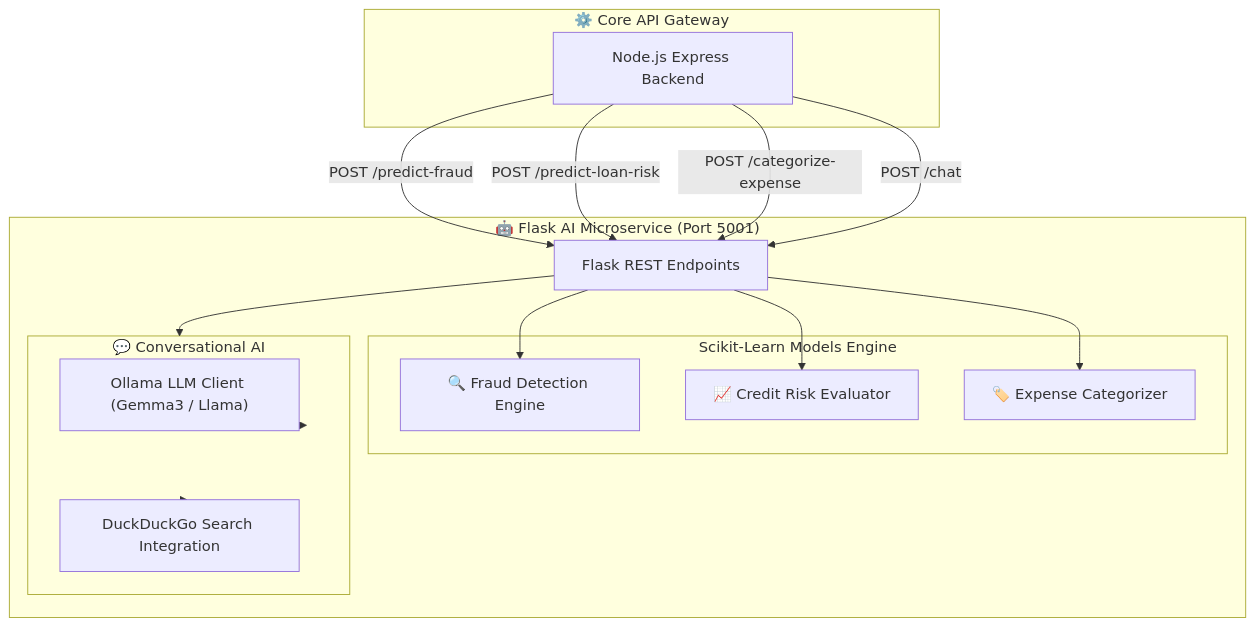
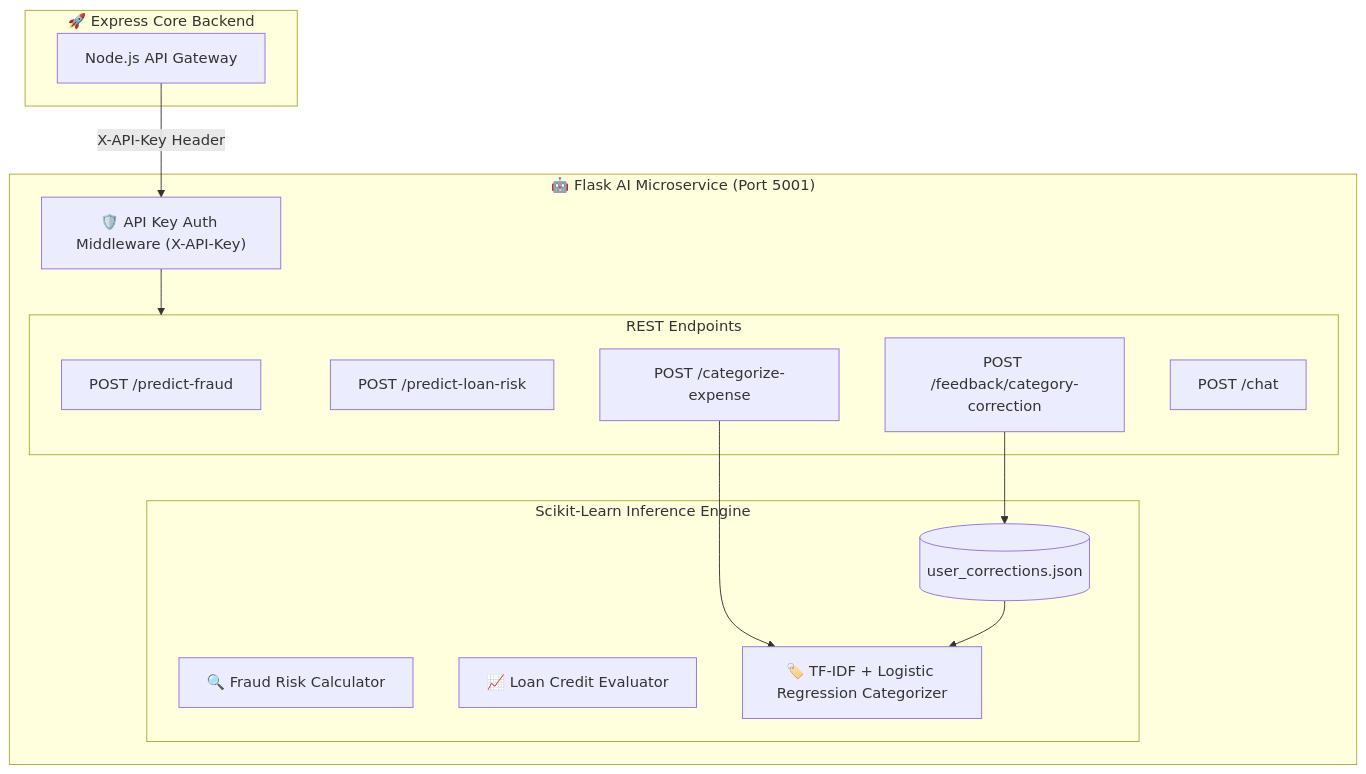
One commit to 9046balaji/bank-management-system changed the diagram in ai-service/README.md. Above: the diagram before and after it, drawn with Mermaid. The commit also changed other lines of this file, not shown here.

````diff
--- a/ai-service/README.md
+++ b/ai-service/README.md
@@ -25,34 +28,31 @@
 ```mermaid
 graph TB
-    subgraph Client["⚙️ Core API Gateway"]
-        Backend["Node.js Express Backend"]
+    subgraph Client["🚀 Express Core Backend"]
+        Backend["Node.js API Gateway"]
     end
 
     subgraph AIService["🤖 Flask AI Microservice (Port 5001)"]
-        Routes["Flask REST Endpoints"]
+        AuthMiddleware["🛡️ API Key Auth Middleware (X-API-Key)"]
         
-        subgraph MLModels["Scikit-Learn Models Engine"]
-            FraudEngine["🔍 Fraud Detection Engine"]
-            LoanEngine["📈 Credit Risk Evaluator"]
-            ExpenseEngine["🏷️ Expense Categorizer"]
+        subgraph Endpoints["REST Endpoints"]
+            FraudRoute["POST /predict-fraud"]
+            LoanRoute["POST /predict-loan-risk"]
+            ExpenseRoute["POST /categorize-expense"]
+            CorrectionRoute["POST /feedback/category-correction"]
+            ChatRoute["POST /chat"]
         end
 
-        subgraph ChatLLM["💬 Conversational AI"]
-            OllamaClient["Ollama LLM Client (Gemma3 / Llama)"]
-            SearchClient["DuckDuckGo Search Integration"]
+        subgraph MLModels["Scikit-Learn Inference Engine"]
+            FraudEngine["🔍 Fraud Risk Calculator"]
+            LoanEngine["📈 Loan Credit Evaluator"]
+            ExpenseEngine["🏷️ TF-IDF + Logistic Regression Categorizer"]
+            CorrectionsStore[("user_corrections.json")]
         end
     end
 
-    Backend -->|POST /predict-fraud| Routes
-    Backend -->|POST /predict-loan-risk| Routes
-    Backend -->|POST /categorize-expense| Routes
-    Backend -->|POST /chat| Routes
+    Backend -->|X-API-Key Header| AuthMiddleware
+    AuthMiddleware --> Endpoints
 
-    Routes --> FraudEngine
-    Routes --> LoanEngine
-    Routes --> ExpenseEngine
-    Routes --> ChatLLM
-
-    ChatLLM --> OllamaClient
-    ChatLLM --> SearchClient
+    ExpenseRoute --> ExpenseEngine
+    CorrectionRoute --> CorrectionsStore --> ExpenseEngine
 ```
````
